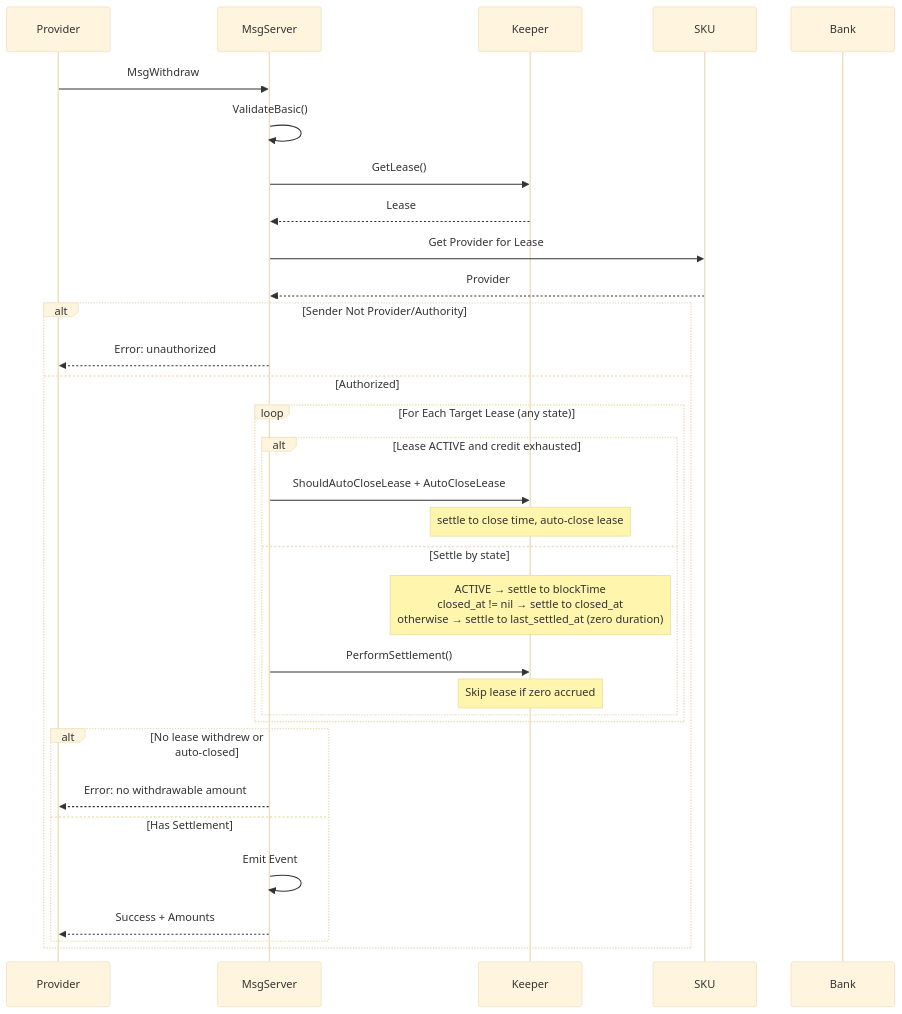
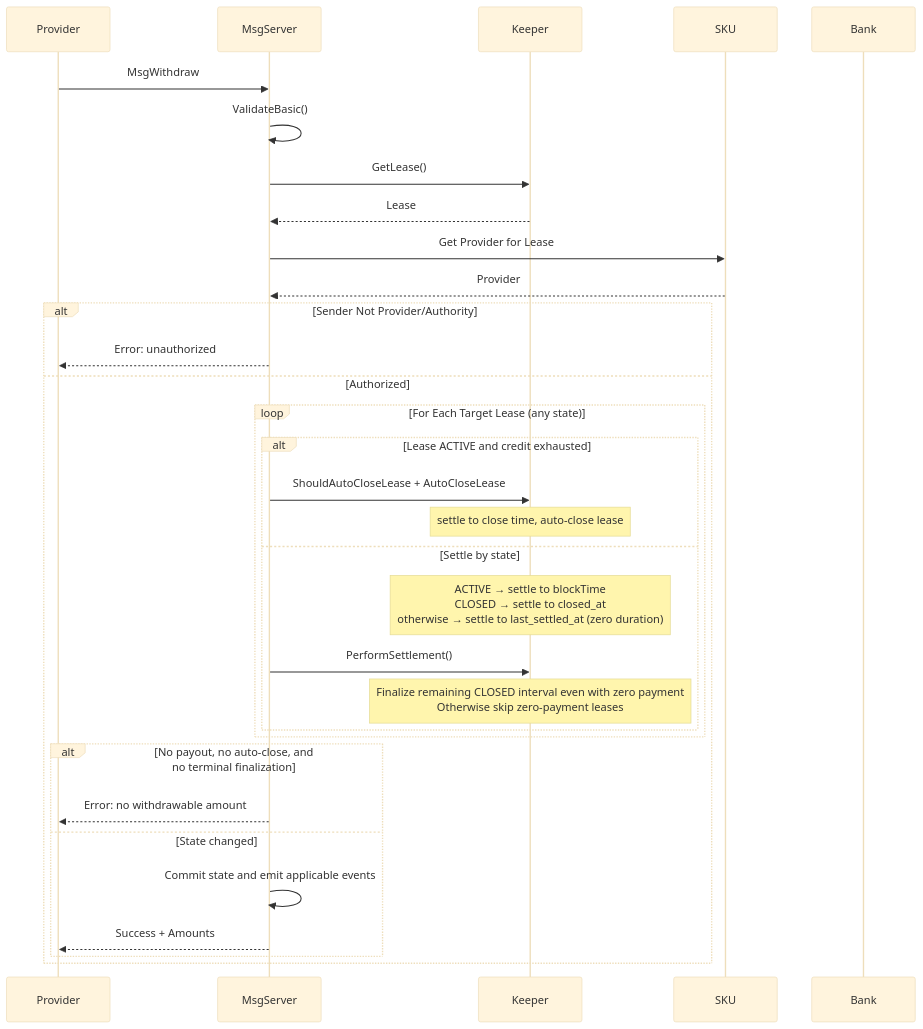
Before and after one commit to manifest-network/manifest-ledger: diagram 11 of 13 in x/billing/docs/ARCHITECTURE.md, drawn with Mermaid (base theme). The commit also changed other lines of this file and 57 other files, not shown here.

````diff
--- a/x/billing/docs/ARCHITECTURE.md
+++ b/x/billing/docs/ARCHITECTURE.md
@@ -599,38 +599,38 @@
 ```mermaid
 sequenceDiagram
     participant Provider
     participant MsgServer
     participant Keeper
     participant SKU
     participant Bank
     
     Provider->>MsgServer: MsgWithdraw
     MsgServer->>MsgServer: ValidateBasic()
     MsgServer->>Keeper: GetLease()
     Keeper-->>MsgServer: Lease
     
     MsgServer->>SKU: Get Provider for Lease
     SKU-->>MsgServer: Provider
     
     alt Sender Not Provider/Authority
         MsgServer-->>Provider: Error: unauthorized
     else Authorized
         loop For Each Target Lease (any state)
             alt Lease ACTIVE and credit exhausted
                 MsgServer->>Keeper: ShouldAutoCloseLease + AutoCloseLease
                 Note over Keeper: settle to close time, auto-close lease
             else Settle by state
-                Note over Keeper: ACTIVE → settle to blockTime<br/>closed_at != nil → settle to closed_at<br/>otherwise → settle to last_settled_at (zero duration)
+                Note over Keeper: ACTIVE → settle to blockTime<br/>CLOSED → settle to closed_at<br/>otherwise → settle to last_settled_at (zero duration)
                 MsgServer->>Keeper: PerformSettlement()
-                Note over Keeper: Skip lease if zero accrued
+                Note over Keeper: Finalize remaining CLOSED interval even with zero payment<br/>Otherwise skip zero-payment leases
             end
         end
         
-        alt No lease withdrew or auto-closed
+        alt No payout, no auto-close, and no terminal finalization
             MsgServer-->>Provider: Error: no withdrawable amount
-        else Has Settlement
-            MsgServer->>MsgServer: Emit Event
+        else State changed
+            MsgServer->>MsgServer: Commit state and emit applicable events
             MsgServer-->>Provider: Success + Amounts
         end
     end
 ```
````
